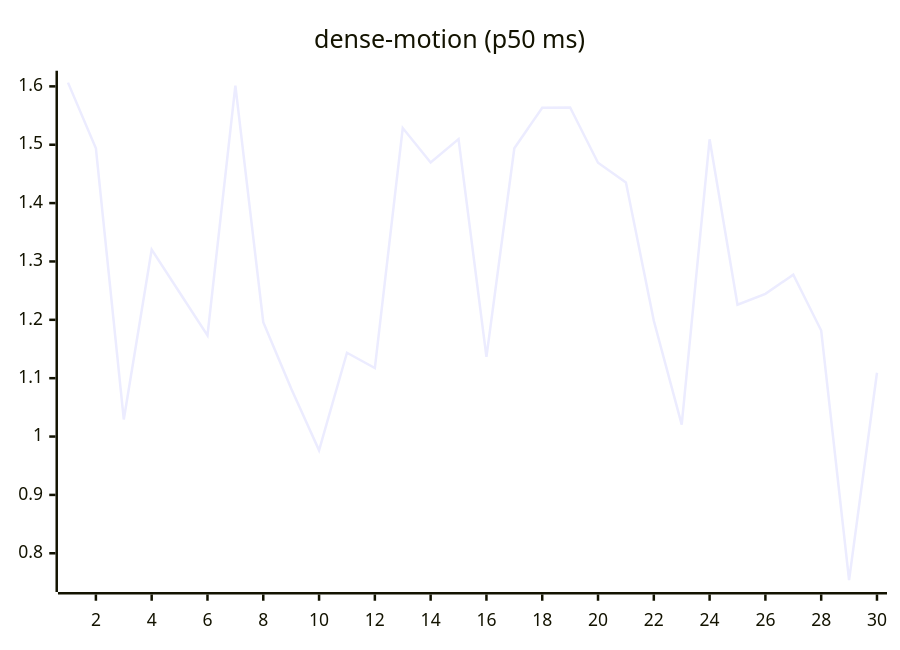
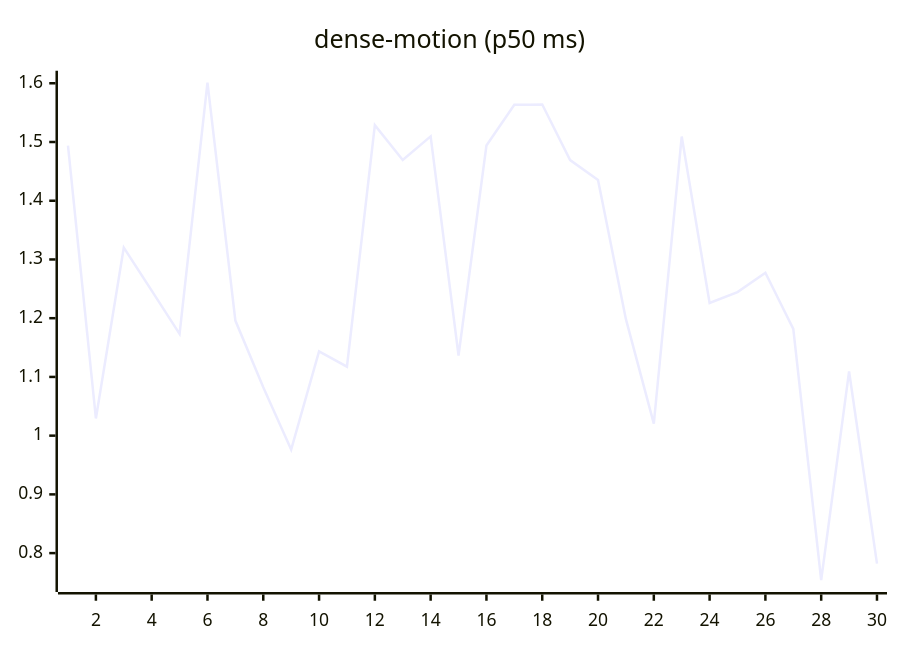
Before and after one commit to josha/Facet: the ninth of 27 diagrams in README.md, drawn with Mermaid. The commit also changed other lines of this file and 2 other files, not shown here.

````diff
--- a/README.md
+++ b/README.md
@@ -119,6 +119,6 @@
 ```mermaid
 xychart-beta
     title "dense-motion (p50 ms)"
     x-axis 1 --> 30
-    line [1.6064, 1.4938, 1.0293, 1.3202, 1.2469, 1.1733, 1.6011, 1.1959, 1.0823, 0.9763, 1.1436, 1.1174, 1.5286, 1.4695, 1.5096, 1.1365, 1.4939, 1.5634, 1.5638, 1.4692, 1.4355, 1.1984, 1.0205, 1.5093, 1.2258, 1.2445, 1.2773, 1.1817, 0.7540, 1.1093]
+    line [1.4938, 1.0293, 1.3202, 1.2469, 1.1733, 1.6011, 1.1959, 1.0823, 0.9763, 1.1436, 1.1174, 1.5286, 1.4695, 1.5096, 1.1365, 1.4939, 1.5634, 1.5638, 1.4692, 1.4355, 1.1984, 1.0205, 1.5093, 1.2258, 1.2445, 1.2773, 1.1817, 0.7540, 1.1093, 0.7822]
 ```
````
